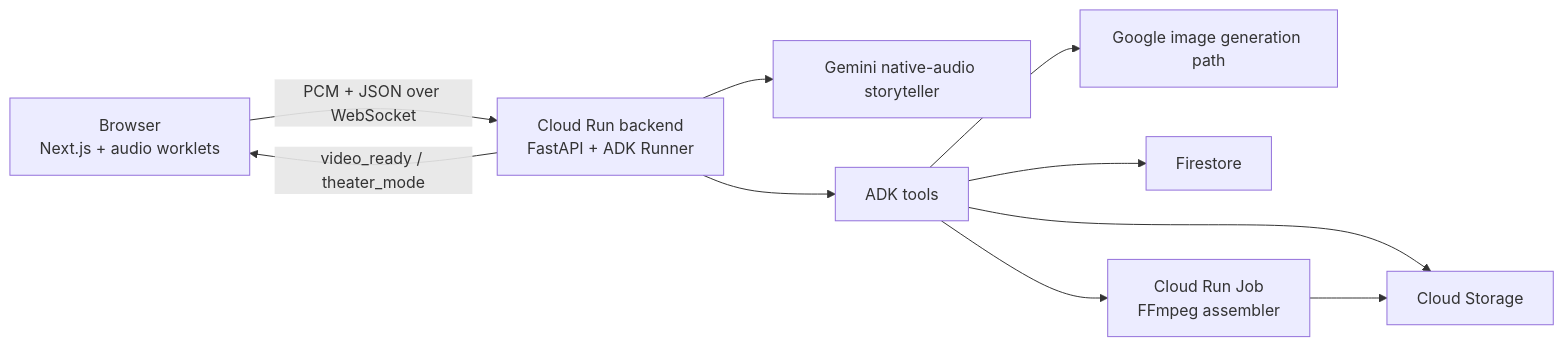
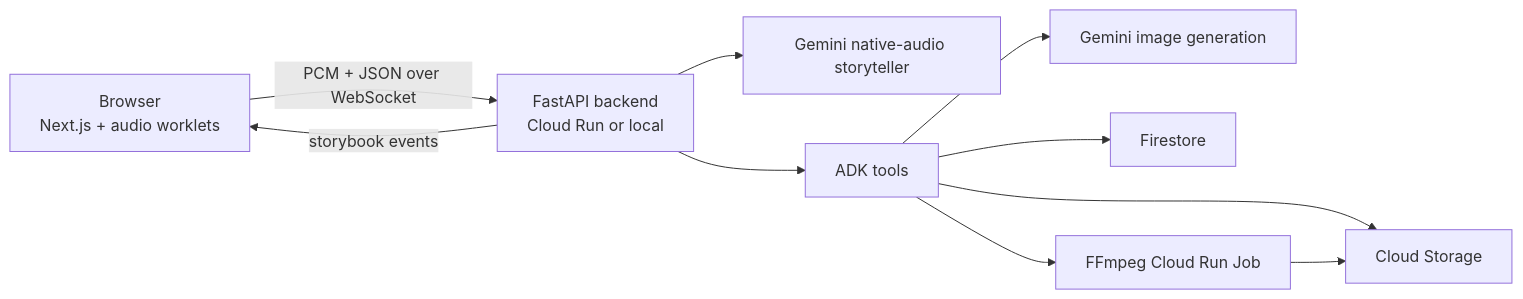
The diagram in README.md (Smone5/back_to_someping), drawn with Mermaid before and after one commit. The commit also changed other lines of this file and 67 other files, not shown here.

````diff
--- a/README.md
+++ b/README.md
@@ -61,12 +32,12 @@
 ```mermaid
 flowchart LR
-    B["Browser<br/>Next.js + audio worklets"] -->|PCM + JSON over WebSocket| API["Cloud Run backend<br/>FastAPI + ADK Runner"]
+    B["Browser<br/>Next.js + audio worklets"] -->|PCM + JSON over WebSocket| API["FastAPI backend<br/>Cloud Run or local"]
     API --> GEM["Gemini native-audio storyteller"]
     API --> TOOLS["ADK tools"]
-    TOOLS --> IMG["Google image generation path"]
+    TOOLS --> IMG["Gemini image generation"]
     TOOLS --> GCS["Cloud Storage"]
     TOOLS --> FS["Firestore"]
-    TOOLS --> JOB["Cloud Run Job<br/>FFmpeg assembler"]
+    TOOLS --> JOB["FFmpeg Cloud Run Job"]
     JOB --> GCS
-    API -->|video_ready / theater_mode| B
+    API -->|storybook events| B
 ```
````
